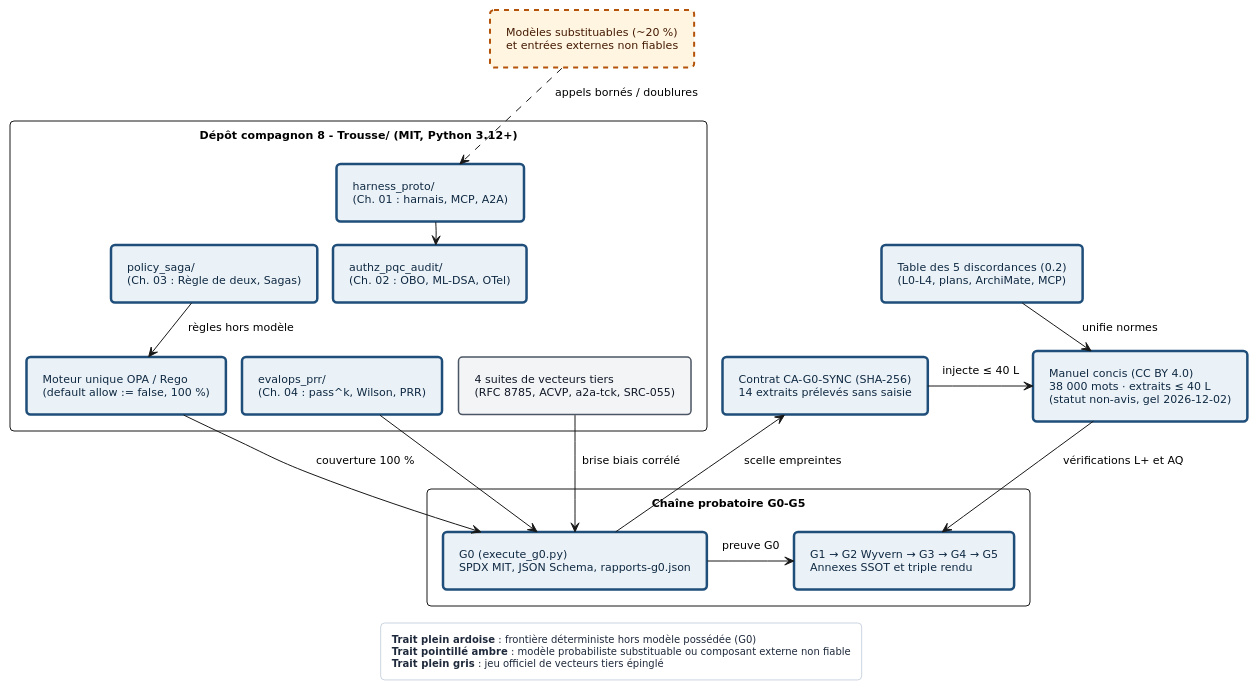
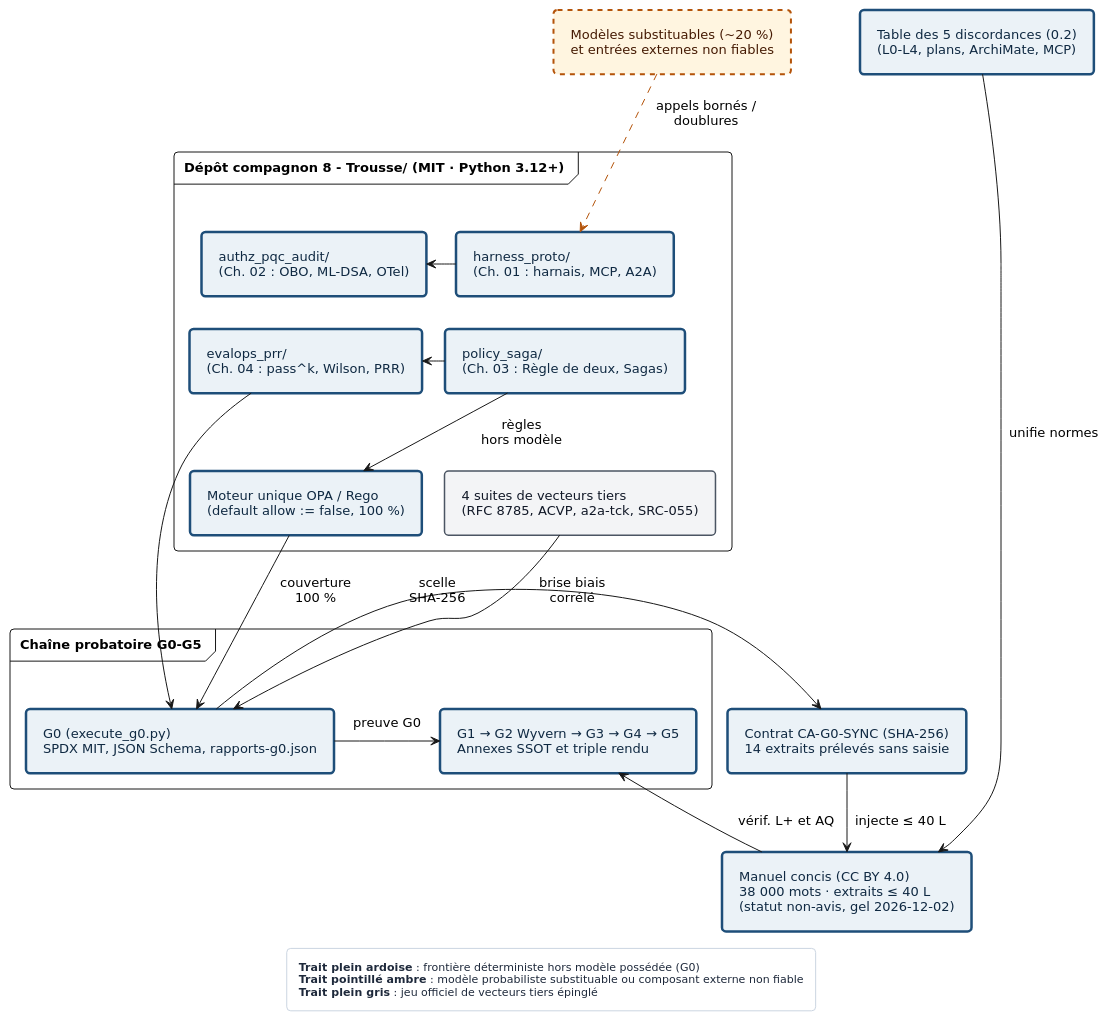
One commit to agbruneau/Agentique changed the diagram in 8 - Manuel/diagrammes/Fig-00.puml. Above: the diagram before and after it, drawn with PlantUML. The commit also changed 42 other files, not shown here.

```diff
--- a/8 - Manuel/diagrammes/Fig-00.puml
+++ b/8 - Manuel/diagrammes/Fig-00.puml
@@ -1,96 +1,94 @@
 @startuml
 <style>
 document {
   BackgroundColor #FFFFFF
 }
 .det {
   BackgroundColor #EBF2F7
   LineColor #1E4E79
   LineThickness 2.5
   FontColor #0F2942
 }
 .prob {
   BackgroundColor #FFF5E0
   LineColor #B45309
   LineThickness 2.0
   LineStyle 5
   FontColor #451A03
 }
 .ext {
   BackgroundColor #F3F4F6
   LineColor #4B5563
   LineThickness 1.5
   FontColor #111827
 }
 package {
   BackgroundColor #F8FAFC
   LineColor #64748B
   LineThickness 1.2
   FontColor #334155
 }
 legend {
   BackgroundColor #FFFFFF
   LineColor #CBD5E1
   FontColor #1E293B
-  FontSize 10
+  FontSize 11
 }
 </style>
 hide stereotype
 top to bottom direction
 skinparam defaultFontName "DejaVu Sans"
-skinparam defaultFontSize 11
+skinparam defaultFontSize 13
 skinparam shadowing false
 skinparam roundcorner 8
-skinparam packageStyle rectangle
-skinparam nodesep 16
-skinparam ranksep 22
-skinparam padding 6
+skinparam packageStyle frame
+skinparam nodesep 22
+skinparam ranksep 32
+skinparam padding 7
 
 rectangle "Modèles substituables (~20 %)\net entrées externes non fiables" as MOD <<prob>>
 rectangle "Table des 5 discordances (0.2)\n(L0–L4, plans, ArchiMate, MCP)" as TAB <<det>>
 
-package "Dépôt compagnon 8 - Trousse/ (MIT, Python 3.12+)" {
+package "Dépôt compagnon 8 - Trousse/ (MIT · Python 3.12+)" {
   rectangle "harness_proto/\n(Ch. 01 : harnais, MCP, A2A)" as M1 <<det>>
   rectangle "authz_pqc_audit/\n(Ch. 02 : OBO, ML-DSA, OTel)" as M2 <<det>>
   rectangle "policy_saga/\n(Ch. 03 : Règle de deux, Sagas)" as M3 <<det>>
   rectangle "evalops_prr/\n(Ch. 04 : pass^k, Wilson, PRR)" as M4 <<det>>
   rectangle "Moteur unique OPA / Rego\n(default allow := false, 100 %)" as OPA <<det>>
   rectangle "4 suites de vecteurs tiers\n(RFC 8785, ACVP, a2a-tck, SRC-055)" as VEC <<ext>>
 }
 
 rectangle "Contrat CA-G0-SYNC (SHA-256)\n14 extraits prélevés sans saisie" as SYNC <<det>>
 rectangle "Manuel concis (CC BY 4.0)\n38 000 mots · extraits ≤ 40 L\n(statut non-avis, gel 2026-12-02)" as MAN <<det>>
 
 package "Chaîne probatoire G0–G5" {
   rectangle "G0 (execute_g0.py)\nSPDX MIT, JSON Schema, rapports-g0.json" as G0 <<det>>
   rectangle "G1 → G2 Wyvern → G3 → G4 → G5\nAnnexes SSOT et triple rendu" as G1G5 <<det>>
 }
 
-MOD ..> M1 : appels bornés / doublures
-M1 --> M2
+MOD .[#B45309].> M1 : appels bornés /\ndoublures
+M1 -right-> M2
 M2 -[hidden]down-> M4
 M1 -[hidden]down-> M3
-M3 --> OPA : règles hors modèle
+M3 -right-> M4
+M3 --> OPA : règles\nhors modèle
 M4 --> G0
-OPA --> G0 : couverture 100 %
-VEC --> G0 : brise biais corrélé
-G0 --> SYNC : scelle empreintes
-SYNC -right-> MAN : injecte ≤ 40 L
+OPA --> G0 : couverture\n100 %
+VEC --> G0 : brise biais\ncorrélé
+G0 -right-> SYNC : scelle\nSHA-256
+SYNC --> MAN : injecte ≤ 40 L
 TAB --> MAN : unifie normes
 G0 -right-> G1G5 : preuve G0
-MAN --> G1G5 : vérifications L+ et AQ
+MAN --> G1G5 : vérif. L+ et AQ
 
 MOD -[hidden]right-> TAB
-M1 -[hidden]right-> M2
-M3 -[hidden]right-> M4
-M4 -[hidden]right-> OPA
 OPA -[hidden]right-> VEC
-OPA -[hidden]right-> SYNC
-SYNC -[hidden]right-> MAN
+OPA -[hidden]down-> G0
+VEC -[hidden]down-> SYNC
 
 legend bottom
   **Trait plein ardoise** : frontière déterministe hors modèle possédée (G0)
   **Trait pointillé ambre** : modèle probabiliste substituable ou composant externe non fiable
   **Trait plein gris** : jeu officiel de vecteurs tiers épinglé
 end legend
 @enduml
```
